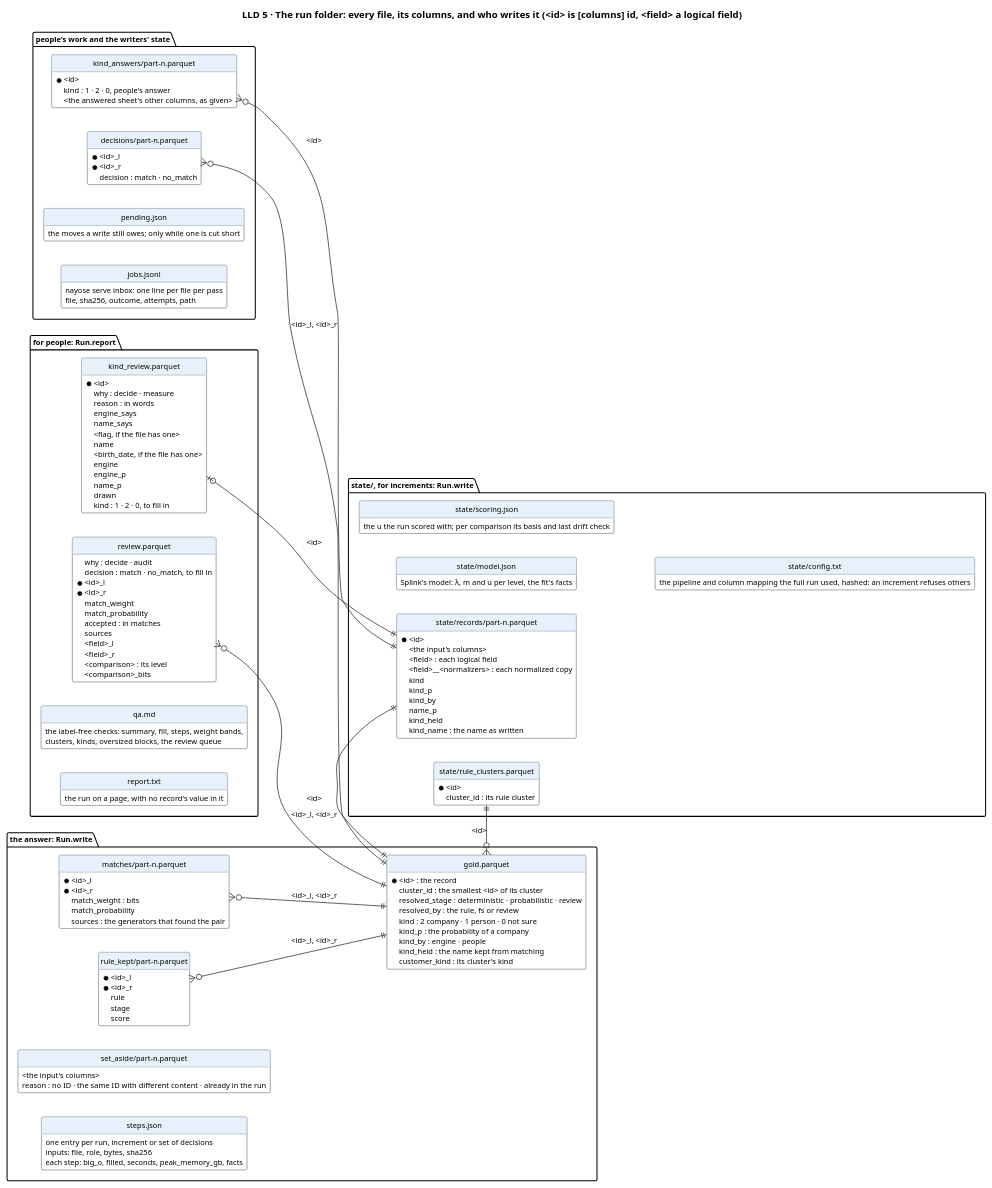
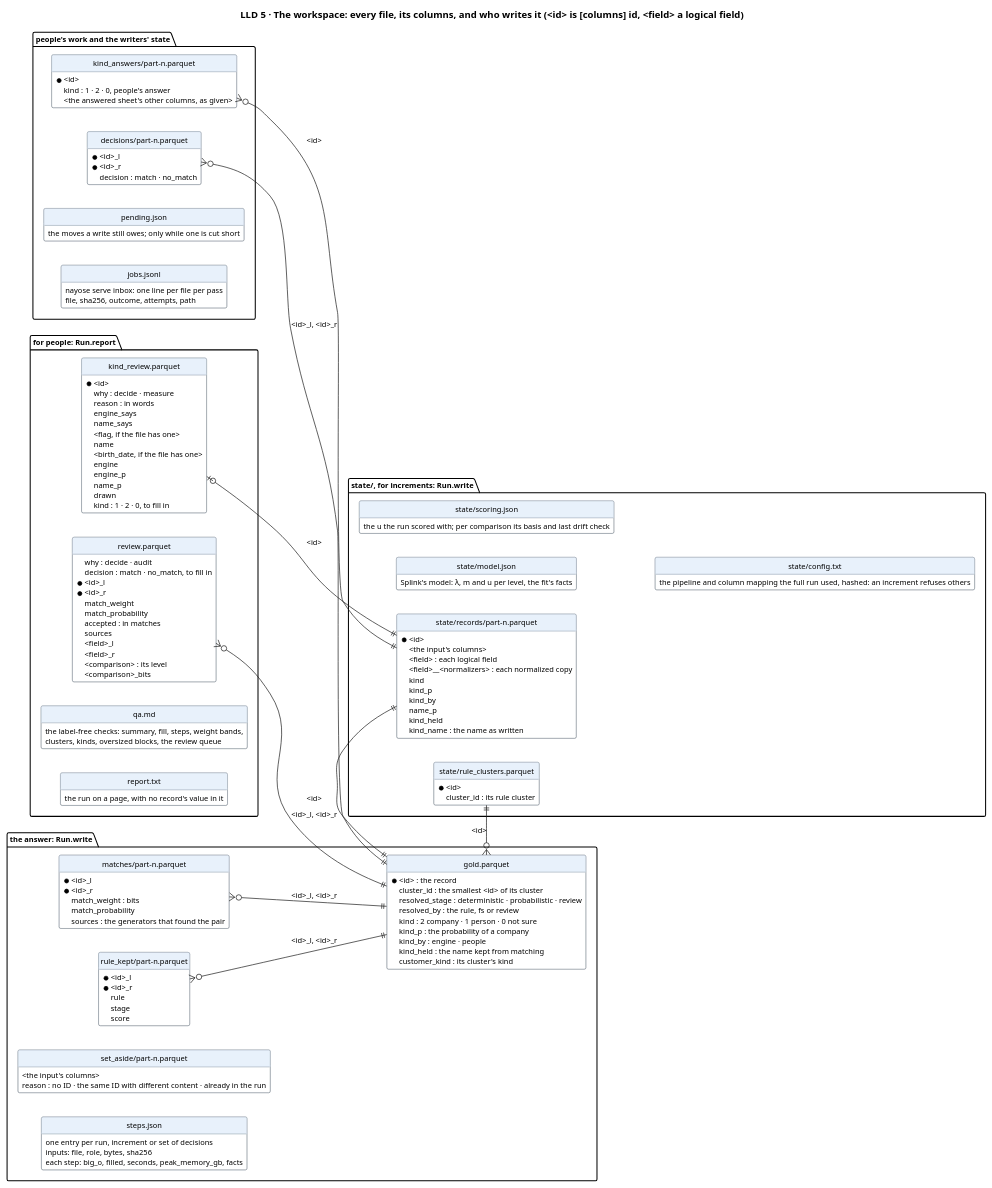
Before and after one commit to mvsbm/entity_matching: the diagram in docs/diagrams/data.puml, drawn with PlantUML. The commit also changed 33 other files, not shown here.

```diff
--- a/docs/diagrams/data.puml
+++ b/docs/diagrams/data.puml
@@ -1,146 +1,146 @@
 @startuml data
-title LLD 5 · The run folder: every file, its columns, and who writes it (<id> is [columns] id, <field> a logical field)
+title LLD 5 · The workspace: every file, its columns, and who writes it (<id> is [columns] id, <field> a logical field)
 set namespaceSeparator none
 left to right direction
 hide circle
 hide methods
 skinparam defaultFontSize 11
 skinparam class {
   BackgroundColor #FFFFFF
   BorderColor #65717E
   HeaderBackgroundColor #E8F1FB
 }
 
 package "the answer: Run.write" {
   entity "gold.parquet" as gold {
     * <id> : the record
     cluster_id : the smallest <id> of its cluster
     resolved_stage : deterministic · probabilistic · review
     resolved_by : the rule, fs or review
     kind : 2 company · 1 person · 0 not sure
     kind_p : the probability of a company
     kind_by : engine · people
     kind_held : the name kept from matching
     customer_kind : its cluster's kind
   }
   entity "matches/part-n.parquet" as matches {
     * <id>_l
     * <id>_r
     match_weight : bits
     match_probability
     sources : the generators that found the pair
   }
   entity "rule_kept/part-n.parquet" as rule_kept {
     * <id>_l
     * <id>_r
     rule
     stage
     score
   }
   entity "set_aside/part-n.parquet" as set_aside {
     <the input's columns>
     reason : no ID · the same ID with different content · already in the run
   }
   entity "steps.json" as steps {
     one entry per run, increment or set of decisions
     inputs: file, role, bytes, sha256
     each step: big_o, filled, seconds, peak_memory_gb, facts
   }
 }
 
 package "state/, for increments: Run.write" {
   entity "state/records/part-n.parquet" as records {
     * <id>
     <the input's columns>
     <field> : each logical field
     <field>__<normalizers> : each normalized copy
     kind
     kind_p
     kind_by
     name_p
     kind_held
     kind_name : the name as written
   }
   entity "state/rule_clusters.parquet" as rule_clusters {
     * <id>
     cluster_id : its rule cluster
   }
   entity "state/model.json" as model {
     Splink's model: λ, m and u per level, the fit's facts
   }
   entity "state/scoring.json" as scoring {
     the u the run scored with; per comparison its basis and last drift check
   }
   entity "state/config.txt" as config {
     the pipeline and column mapping the full run used, hashed: an increment refuses others
   }
 }
 
 package "for people: Run.report" {
   entity "review.parquet" as review {
     why : decide · audit
     decision : match · no_match, to fill in
     * <id>_l
     * <id>_r
     match_weight
     match_probability
     accepted : in matches
     sources
     <field>_l
     <field>_r
     <comparison> : its level
     <comparison>_bits
   }
   entity "kind_review.parquet" as kind_review {
     * <id>
     why : decide · measure
     reason : in words
     engine_says
     name_says
     <flag, if the file has one>
     name
     <birth_date, if the file has one>
     engine
     engine_p
     name_p
     drawn
     kind : 1 · 2 · 0, to fill in
   }
   entity "qa.md" as qa {
     the label-free checks: summary, fill, steps, weight bands,
     clusters, kinds, oversized blocks, the review queue
   }
   entity "report.txt" as report {
     the run on a page, with no record's value in it
   }
 }
 
 package "people's work and the writers' state" {
   entity "decisions/part-n.parquet" as decisions {
     * <id>_l
     * <id>_r
     decision : match · no_match
   }
   entity "kind_answers/part-n.parquet" as kind_answers {
     * <id>
     kind : 1 · 2 · 0, people's answer
     <the answered sheet's other columns, as given>
   }
   entity "pending.json" as pending {
     the moves a write still owes; only while one is cut short
   }
   entity "jobs.jsonl" as jobs {
     nayose serve inbox: one line per file per pass
     file, sha256, outcome, attempts, path
   }
 }
 
 gold }o--|| rule_clusters : <id>
 matches }o--|| gold : <id>_l, <id>_r
 rule_kept }o--|| gold : <id>_l, <id>_r
 records ||--|| gold : <id>
 kind_answers }o--|| records : <id>
 review }o--|| gold : <id>_l, <id>_r
 kind_review |o--|| records : <id>
 decisions }o--|| gold : <id>_l, <id>_r
 @enduml
```
